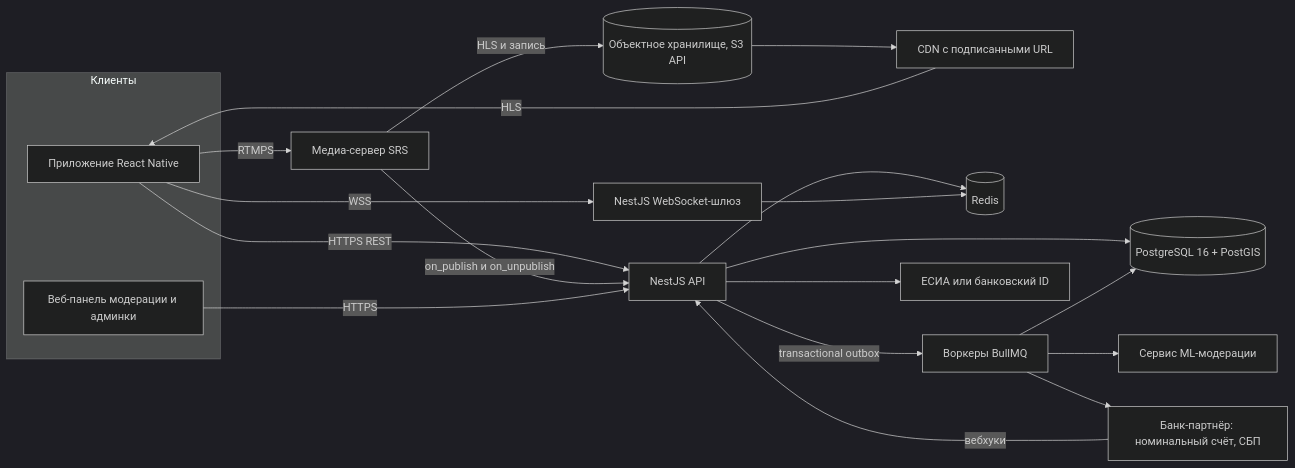
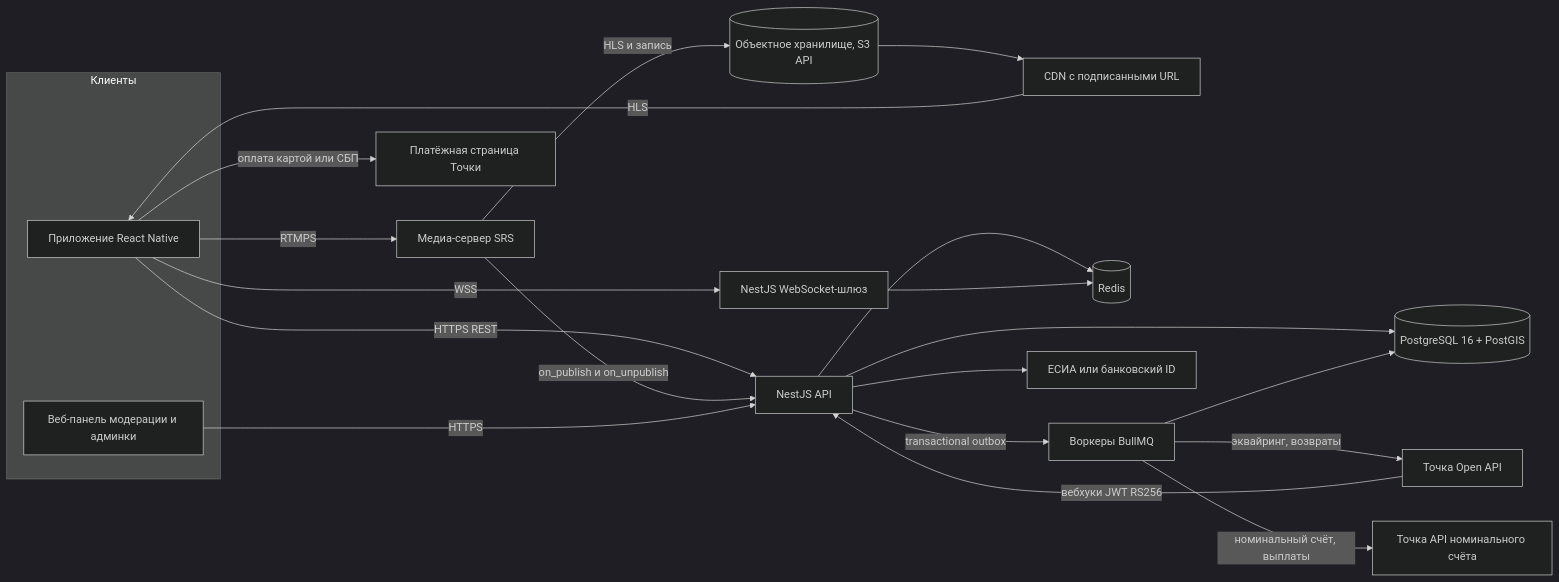
One commit to cryptoinvestccc-del/VPN changed the first of 4 diagrams in dare-mvp/TZ-MVP.md. Above: the diagram before and after it, drawn with Mermaid (dark theme). The commit also changed other lines of this file, not shown here.

First line of the commit message:
Spec v0.2: owner's money model, manual-only moderation, Tochka bank

````diff
--- a/dare-mvp/TZ-MVP.md
+++ b/dare-mvp/TZ-MVP.md
@@ -349,24 +396,25 @@
 ```mermaid
 flowchart LR
   subgraph Клиенты
     RN[Приложение React Native]
     WEB[Веб-панель модерации и админки]
   end
   RN -->|HTTPS REST| API[NestJS API]
   RN -->|WSS| WS[NestJS WebSocket-шлюз]
   RN -->|RTMPS| MS[Медиа-сервер SRS]
+  RN -->|оплата картой или СБП| PAY[Платёжная страница Точки]
   MS -->|on_publish и on_unpublish| API
   MS -->|HLS и запись| OS[(Объектное хранилище, S3 API)]
   OS --> CDN[CDN с подписанными URL]
   CDN -->|HLS| RN
   WEB -->|HTTPS| API
   API --> PG[(PostgreSQL 16 + PostGIS)]
   API --> RD[(Redis)]
   WS --> RD
   API -->|transactional outbox| Q[Воркеры BullMQ]
   Q --> PG
-  Q --> ML[Сервис ML-модерации]
-  Q --> BANK[Банк-партнёр: номинальный счёт, СБП]
-  BANK -->|вебхуки| API
+  Q -->|эквайринг, возвраты| TAPI[Точка Open API]
+  Q -->|номинальный счёт, выплаты| TCY[Точка API номинального счёта]
+  TAPI -->|вебхуки JWT RS256| API
   API --> KYC[ЕСИА или банковский ID]
 ```
````
